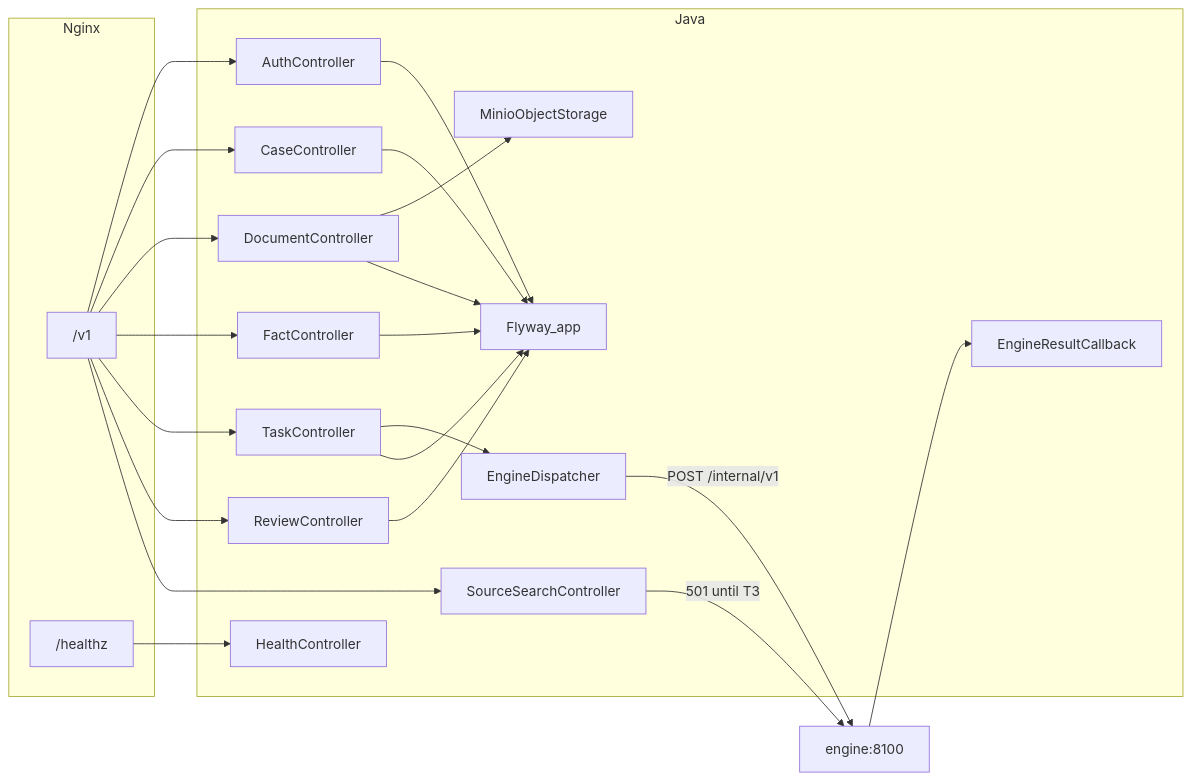
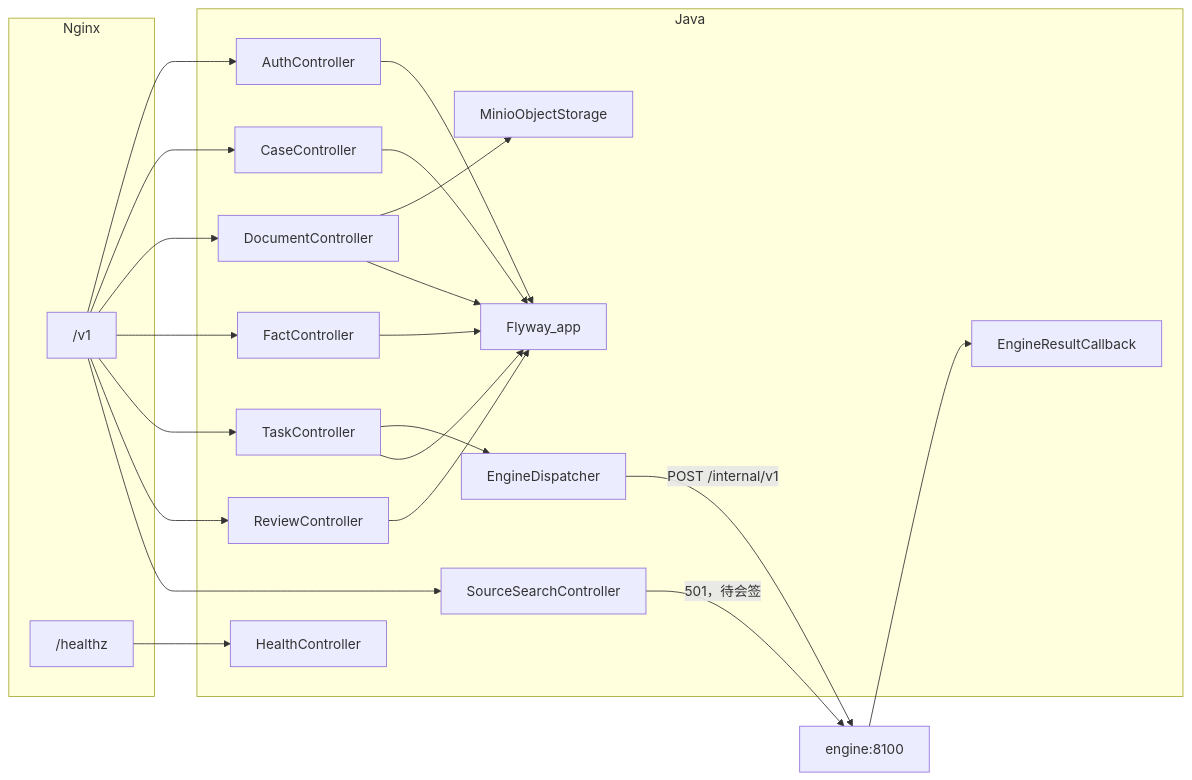
The second of 6 diagrams in docs/lexcyber-0.8.zh-CN.md (alanzhang66666/lexcyber), drawn with Mermaid before and after one commit. The commit also changed other lines of this file and 530 other files, not shown here.

First line of the commit message:
feat(v1.3): lifecycle architecture — facts versioning, artifact publication, rule registry, module engines

````diff
--- a/docs/lexcyber-0.8.zh-CN.md
+++ b/docs/lexcyber-0.8.zh-CN.md
@@ -66,40 +68,40 @@
 ```mermaid
 flowchart LR
   subgraph edge [Nginx]
     V1["/v1"]
     Hz["/healthz"]
   end
   subgraph javaApp [Java]
     Auth["AuthController"]
     Cases["CaseController"]
     Docs["DocumentController"]
     Facts["FactController"]
     Tasks["TaskController"]
     Reviews["ReviewController"]
     Sources["SourceSearchController"]
     Health["HealthController"]
     Disp["EngineDispatcher"]
     Cb["EngineResultCallback"]
     Store["MinioObjectStorage"]
     Fly["Flyway_app"]
   end
   V1 --> Auth
   V1 --> Cases
   V1 --> Docs
   V1 --> Facts
   V1 --> Tasks
   V1 --> Reviews
   V1 --> Sources
   Hz --> Health
   Docs --> Store
   Tasks --> Disp
   Disp -->|"POST /internal/v1"| EngineApi2["engine:8100"]
   EngineApi2 --> Cb
   Auth --> Fly
   Cases --> Fly
   Docs --> Fly
   Facts --> Fly
   Tasks --> Fly
   Reviews --> Fly
-  Sources -->|"501 until T3"| EngineApi2
+  Sources -->|"501，待会签"| EngineApi2
 ```
````
